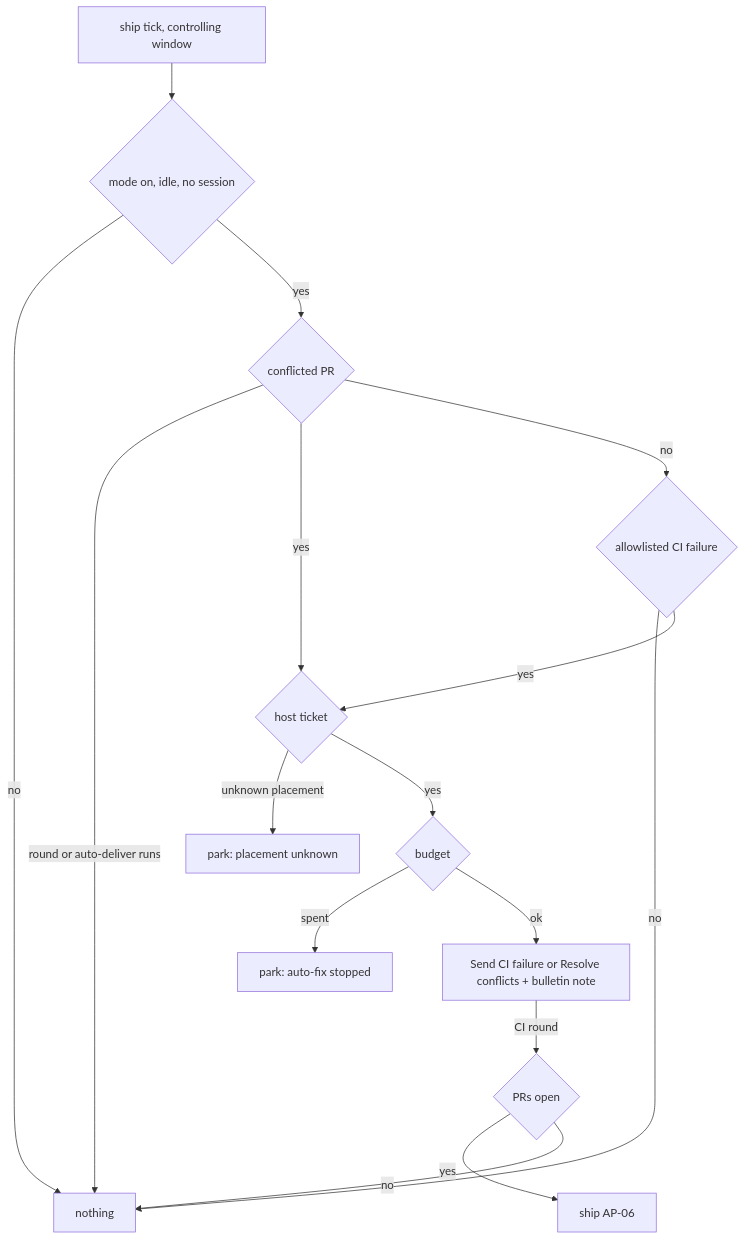
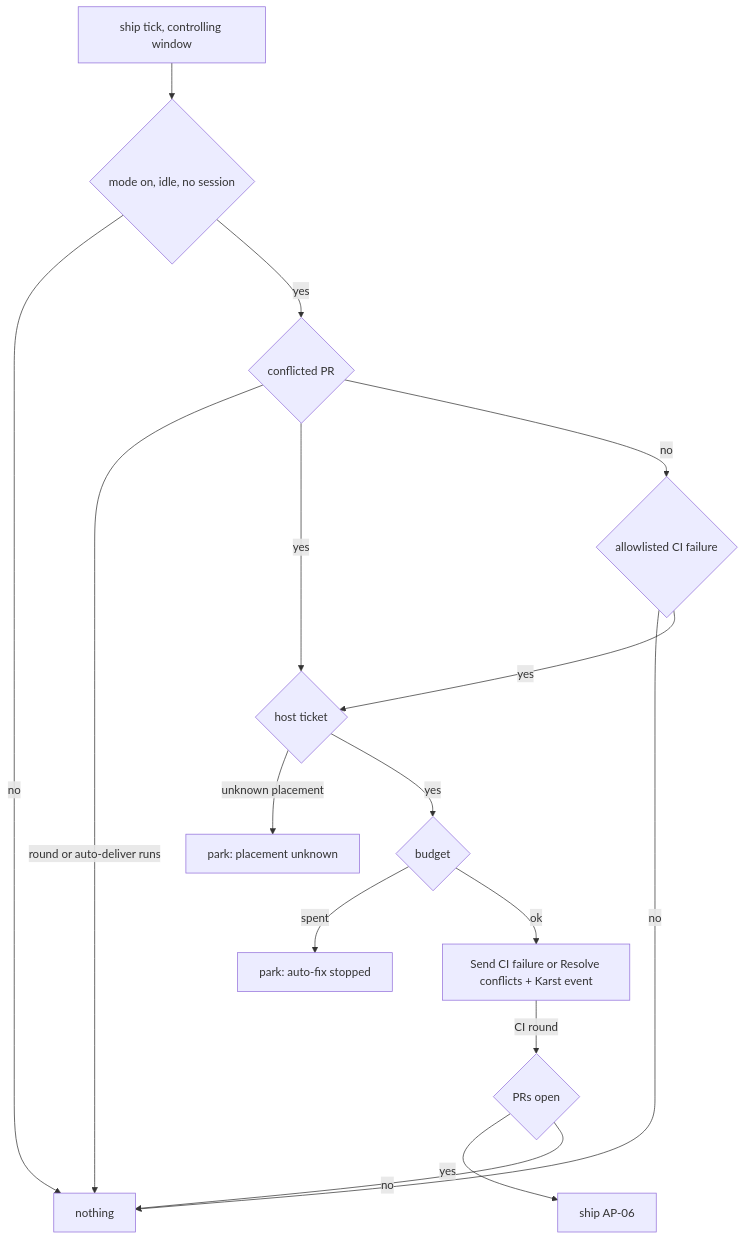
Before and after one commit to AndrewHaluza/karst: the diagram in docs/arch/autopilot.md, drawn with Mermaid. The commit also changed other lines of this file and 17 other files, not shown here.

First line of the commit message:
feat: a karst_events table records what Karst did and told the person; Autopilot status moves there out of the bulletin

````diff
--- a/docs/arch/autopilot.md
+++ b/docs/arch/autopilot.md
@@ -24,18 +24,18 @@
 ```mermaid
 flowchart TD
   T[ship tick, controlling window] --> G{mode on, idle, no session}
   G -->|no| X[nothing]
   G -->|yes| C{conflicted PR}
   C -->|round or auto-deliver runs| X
   C -->|yes| H
   C -->|no| P{allowlisted CI failure}
   P -->|no| X
   P -->|yes| H{host ticket}
   H -->|unknown placement| Q[park: placement unknown]
   H -->|yes| B{budget}
   B -->|spent| W[park: auto-fix stopped]
-  B -->|ok| N[Send CI failure or Resolve conflicts + bulletin note]
+  B -->|ok| N[Send CI failure or Resolve conflicts + Karst event]
   N -->|CI round| E{PRs open}
   E -->|yes| S[ship AP-06]
   E -->|no| X
 ```
````
